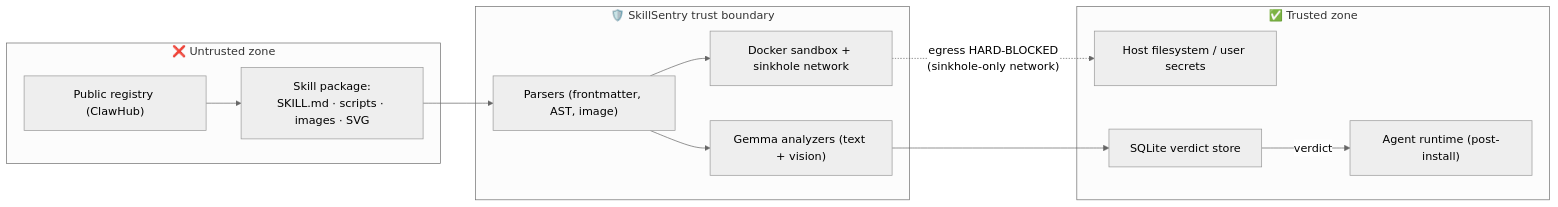
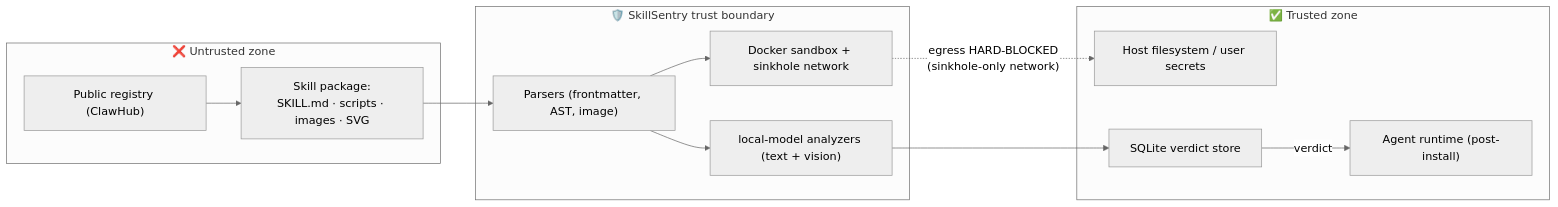
Before and after one commit to EmberPhantom/SkillSentry: the diagram in docs/04-security.md, drawn with Mermaid (neutral theme). The commit also changed other lines of this file and 11 other files, not shown here.

First line of the commit message:
docs: describe the model as "the local model" in public prose

````diff
--- a/docs/04-security.md
+++ b/docs/04-security.md
@@ -11,23 +11,23 @@
 ```mermaid
 flowchart LR
     subgraph UNTRUSTED["❌ Untrusted zone"]
         REG["Public registry (ClawHub)"]
         PKG["Skill package:<br/>SKILL.md · scripts · images · SVG"]
     end
     subgraph BOUNDARY["🛡️ SkillSentry trust boundary"]
         PARSE["Parsers (frontmatter, AST, image)"]
-        LLM["Gemma analyzers (text + vision)"]
+        LLM["local-model analyzers (text + vision)"]
         SBX["Docker sandbox + sinkhole network"]
     end
     subgraph TRUSTED["✅ Trusted zone"]
         HOST["Host filesystem / user secrets"]
         AGENT["Agent runtime (post-install)"]
         DB["SQLite verdict store"]
     end
     REG --> PKG --> PARSE
     PARSE --> LLM
     PARSE --> SBX
     SBX -. "egress HARD-BLOCKED<br/>(sinkhole-only network)" .-> HOST
     LLM --> DB
     DB -->|"verdict"| AGENT
 ```
````
